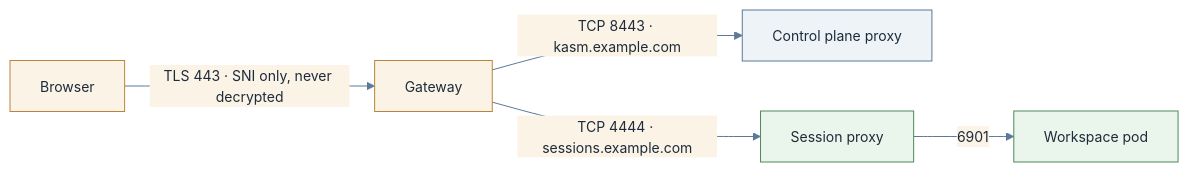
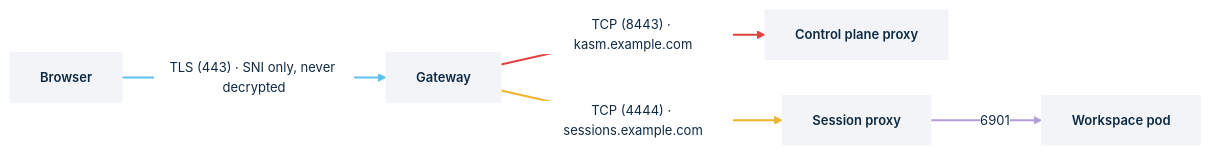
Before and after one commit to kasmtech/kasm-helm: the diagram in docs/how-to/networking/gateway-api-passthrough.md, drawn with Mermaid. The commit also changed other lines of this file and 35 other files, not shown here.

First line of the commit message:
Kasm diagram theme, and the operator and agent fixes verified against the dev builds

````diff
--- a/docs/how-to/networking/gateway-api-passthrough.md
+++ b/docs/how-to/networking/gateway-api-passthrough.md
@@ -22,12 +21,18 @@
 ```mermaid
-%%{init: {"theme":"base","themeVariables":{"primaryColor":"#eef3f8","primaryBorderColor":"#5b7a99","primaryTextColor":"#1d2b3a","secondaryColor":"#fbf3e6","secondaryBorderColor":"#b8863b","tertiaryColor":"#eaf5ec","tertiaryBorderColor":"#4f8a5b","lineColor":"#5b7a99","fontFamily":"Inter, Helvetica, Arial, sans-serif","fontSize":"14px"},"flowchart":{"curve":"basis","htmlLabels":true}}}%%
+%%{init: {"theme":"base","themeVariables":{"background":"#ffffff","primaryColor":"#f2f4f7","primaryBorderColor":"#f2f4f7","primaryTextColor":"#0f2a44","lineColor":"#0f2a44","clusterBkg":"#ffffff","clusterBorder":"#4a4a4a","edgeLabelBackground":"#ffffff","fontFamily":"Montserrat, Helvetica, Arial, sans-serif","fontSize":"13px"},"flowchart":{"curve":"linear","htmlLabels":true,"nodeSpacing":36,"rankSpacing":64}}}%%
 flowchart LR
-  browser["Browser"] -->|"TLS 443 · SNI only, never decrypted"| gw["Gateway"]
-  gw -->|"TCP 8443 · kasm.example.com"| cp["Control plane proxy"]
-  gw -->|"TCP 4444 · sessions.example.com"| sp["Session proxy"]
-  sp -->|"6901"| ws["Workspace pod"]
-  classDef agent fill:#eaf5ec,stroke:#4f8a5b
-  classDef ext fill:#fbf3e6,stroke:#b8863b
-  class sp,ws agent
-  class browser,gw ext
+  browser["Browser"]:::card
+  gw["Gateway"]:::card
+  cp["Control plane proxy"]:::card
+  sp["Session proxy"]:::card
+  ws["Workspace pod"]:::card
+  browser -->|"TLS (443) · SNI only, never decrypted"| gw
+  gw -->|"TCP (8443) · kasm.example.com"| cp
+  gw -->|"TCP (4444) · sessions.example.com"| sp
+  sp -->|"6901"| ws
+  classDef card fill:#f2f4f7,stroke:#f2f4f7,color:#0f2a44,font-weight:600
+  linkStyle 0 stroke:#5ec2ef,stroke-width:2px
+  linkStyle 1 stroke:#e0413f,stroke-width:2px
+  linkStyle 2 stroke:#f0b429,stroke-width:2px
+  linkStyle 3 stroke:#b39ddb,stroke-width:2px
 ```
````
